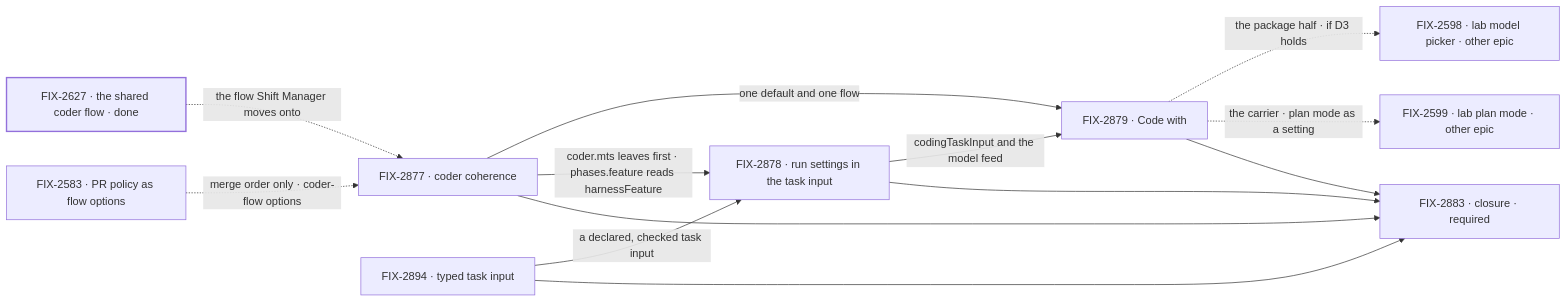
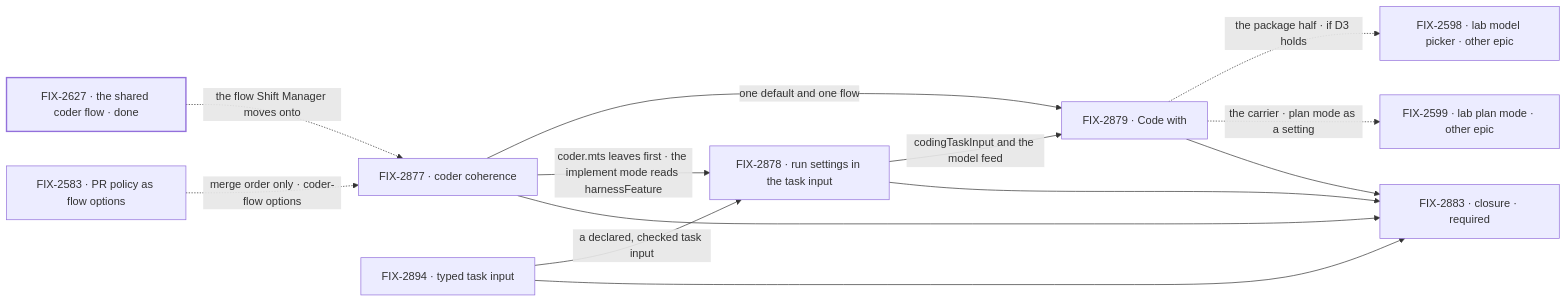
The second of 2 diagrams in specs/epics/FIX-2876/SPEC.md (fixpoint-labs/flow-state-dev), drawn with Mermaid before and after one commit. The commit also changed other lines of this file and 2 other files, not shown here.

First line of the commit message:
spec(FIX-2876): amendment — phases become modes

````diff
--- a/specs/epics/FIX-2876/SPEC.md
+++ b/specs/epics/FIX-2876/SPEC.md
@@ -94,17 +94,17 @@
 ```mermaid
 flowchart LR
   G["FIX-2627 · the shared coder flow · done"] -.->|"the flow Shift Manager moves onto"| A
   Q["FIX-2583 · PR policy as flow options"] -.->|"merge order only · coder-flow options"| A
   T["FIX-2894 · typed task input"] -->|"a declared, checked task input"| B
   A["FIX-2877 · coder coherence"] -->|"one default and one flow"| C["FIX-2879 · Code with"]
-  A -->|"coder.mts leaves first · phases.feature reads harnessFeature"| B
+  A -->|"coder.mts leaves first · the implement mode reads harnessFeature"| B
   B["FIX-2878 · run settings in the task input"] -->|"codingTaskInput and the model feed"| C
   C -.->|"the package half · if D3 holds"| L["FIX-2598 · lab model picker · other epic"]
   C -.->|"the carrier · plan mode as a setting"| M["FIX-2599 · lab plan mode · other epic"]
   T --> Z["FIX-2883 · closure · required"]
   A --> Z
   B --> Z
   C --> Z
   classDef done stroke-width:2px
   class G done
 ```
````
